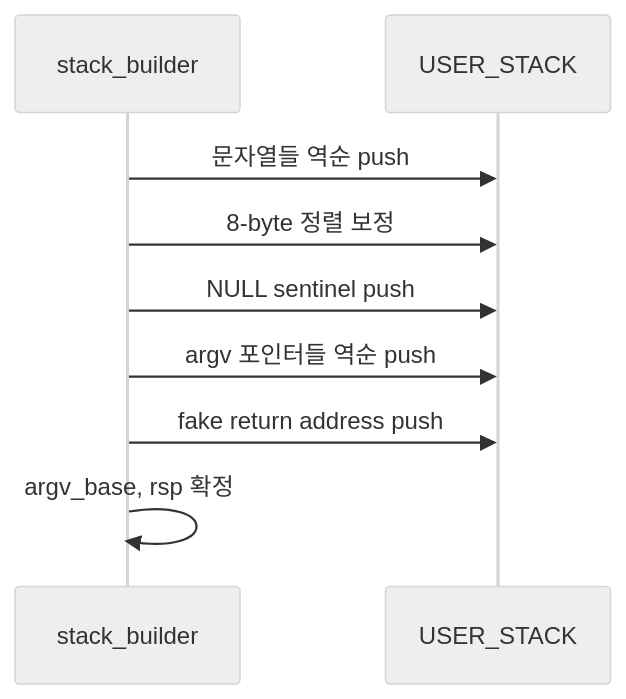
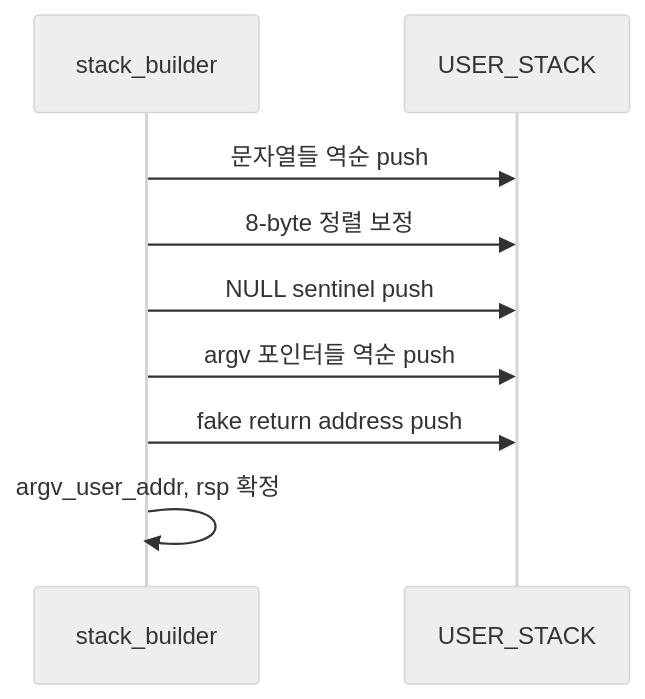
The diagram in pintos/doc/taejung_files/2. week2/study/2. test-notes/argument_passing/1. feature/03-feature-build-user-stack.md (tail1887/PINTOS-VM), drawn with Mermaid (neutral theme) before and after one commit. The commit also changed other lines of this file and 3 other files, not shown here.

````diff
--- a/pintos/doc/taejung_files/2. week2/study/2. test-notes/argument_passing/1. feature/03-feature-build-user-stack.md
+++ b/pintos/doc/taejung_files/2. week2/study/2. test-notes/argument_passing/1. feature/03-feature-build-user-stack.md
@@ -22,11 +22,11 @@
 ```mermaid
 sequenceDiagram
   participant SB as stack_builder
   participant US as USER_STACK
   SB->>US: 문자열들 역순 push
   SB->>US: 8-byte 정렬 보정
   SB->>US: NULL sentinel push
   SB->>US: argv 포인터들 역순 push
   SB->>US: fake return address push
-  SB->>SB: argv_base, rsp 확정
+  SB->>SB: argv_user_addr, rsp 확정
 ```
````
